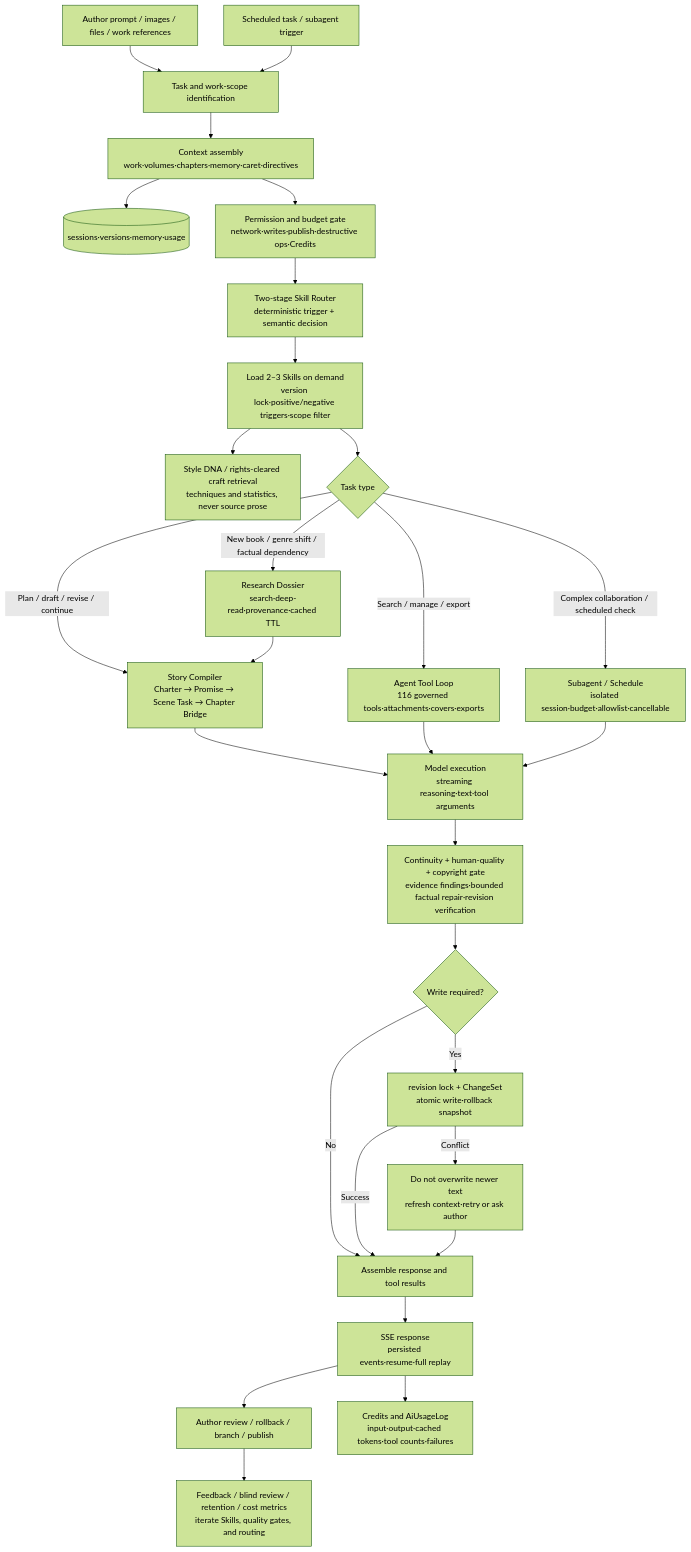
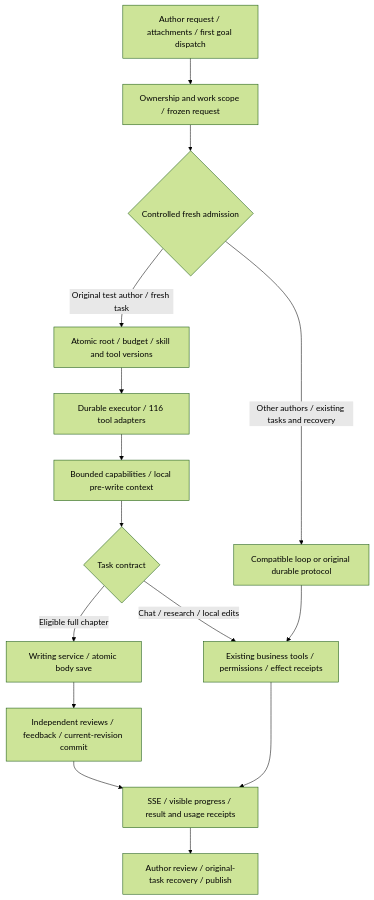
Before and after one commit to Xcy8010/Chevoink: the first of 2 diagrams in README.en.md, drawn with Mermaid (forest theme). The commit also changed other lines of this file and 21 other files, not shown here.

````diff
--- a/README.en.md
+++ b/README.en.md
@@ -76,31 +84,17 @@
 ```mermaid
 flowchart TD
-  A[Author prompt / images / files / work references] --> B[Task and work-scope identification]
-  T[Scheduled task / subagent trigger] --> B
-  B --> C[Context assembly<br/>work·volumes·chapters·memory·caret·directives]
-  C --> C1[(sessions·versions·memory·usage)]
-  C --> D[Permission and budget gate<br/>network·writes·publish·destructive ops·Credits]
-  D --> E[Two-stage Skill Router<br/>deterministic trigger + semantic decision]
-  E --> F[Load 2–3 Skills on demand<br/>version lock·positive/negative triggers·scope filter]
-  F --> F1[Style DNA / rights-cleared craft retrieval<br/>techniques and statistics, never source prose]
-  F --> G{Task type}
-  G -->|New book / genre shift / factual dependency| H[Research Dossier<br/>search·deep-read·provenance·cached TTL]
-  G -->|Plan / draft / revise / continue| I[Story Compiler<br/>Charter → Promise → Scene Task → Chapter Bridge]
-  G -->|Search / manage / export| J[Agent Tool Loop<br/>116 governed tools·attachments·covers·exports]
-  G -->|Complex collaboration / scheduled check| K[Subagent / Schedule<br/>isolated session·budget·allowlist·cancellable]
-  H --> I
-  I --> L[Model execution<br/>streaming reasoning·text·tool arguments]
-  J --> L
+  A[Author request / attachments / first goal dispatch] --> B[Ownership and work scope / frozen request]
+  B --> C{Controlled fresh admission}
+  C -->|Original test author / fresh task| D[Atomic root / budget / skill and tool versions]
+  C -->|Other authors / existing tasks and recovery| E[Compatible loop or original durable protocol]
+  D --> F[Durable executor / 116 tool adapters]
+  F --> G[Bounded capabilities / local pre-write context]
+  G --> H{Task contract}
+  H -->|Eligible full chapter| I[Writing service / atomic body save]
+  I --> J[Independent reviews / feedback / current-revision commit]
+  H -->|Chat / research / local edits| K[Existing business tools / permissions / effect receipts]
+  E --> K
+  J --> L[SSE / visible progress / result and usage receipts]
   K --> L
-  L --> M[Continuity + human-quality + copyright gate<br/>evidence findings·bounded factual repair·revision verification]
-  M --> N{Write required?}
-  N -->|No| O[Assemble response and tool results]
-  N -->|Yes| P[revision lock + ChangeSet<br/>atomic write·rollback snapshot]
-  P -->|Success| O
-  P -->|Conflict| Q[Do not overwrite newer text<br/>refresh context·retry or ask author]
-  Q --> O
-  O --> R[SSE response<br/>persisted events·resume·full replay]
-  R --> S[Author review / rollback / branch / publish]
-  R --> U[Credits and AiUsageLog<br/>input·output·cached tokens·tool counts·failures]
-  S --> V[Feedback / blind review / retention / cost metrics<br/>iterate Skills, quality gates, and routing]
+  L --> M[Author review / original-task recovery / publish]
 ```
````
